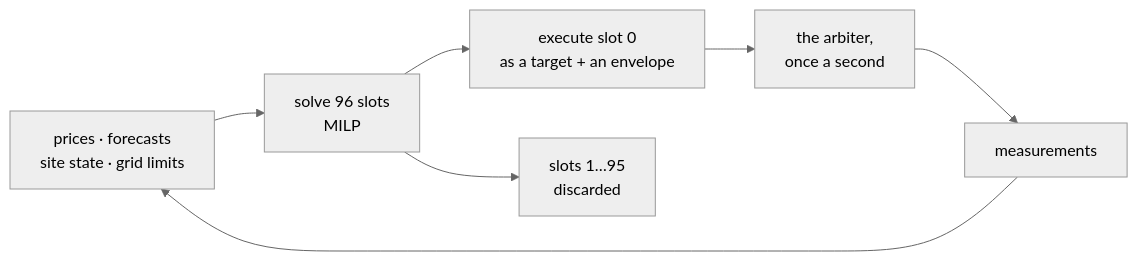
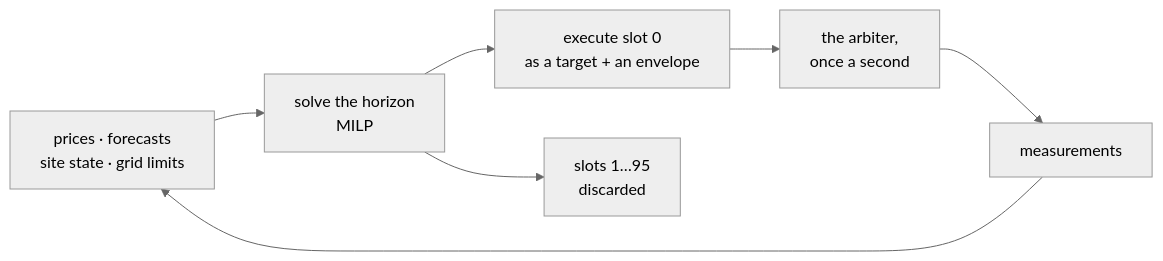
Before and after one commit to hupe1980/hems: the first of 2 diagrams in site/content/docs/optimizer.md, drawn with Mermaid (neutral theme). The commit also changed 43 other files, not shown here.

```diff
--- a/site/content/docs/optimizer.md
+++ b/site/content/docs/optimizer.md
@@ -11,9 +11,9 @@
 <pre class="mermaid">
 flowchart LR
-  I["prices · forecasts<br/>site state · grid limits"] --> S["solve 96 slots<br/>MILP"]
+  I["prices · forecasts<br/>site state · grid limits"] --> S["solve the horizon<br/>MILP"]
   S --> E["execute slot 0<br/>as a target + an envelope"]
   S --> T["slots 1…95<br/>discarded"]
   E --> A["the arbiter,<br/>once a second"]
   A --> M["measurements"]
   M --> I
 </pre>
```
